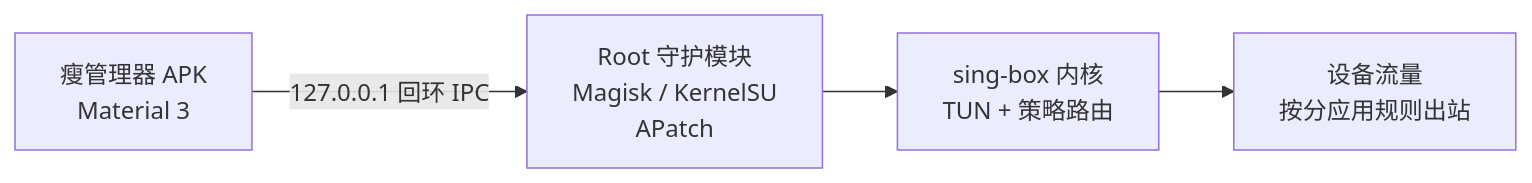
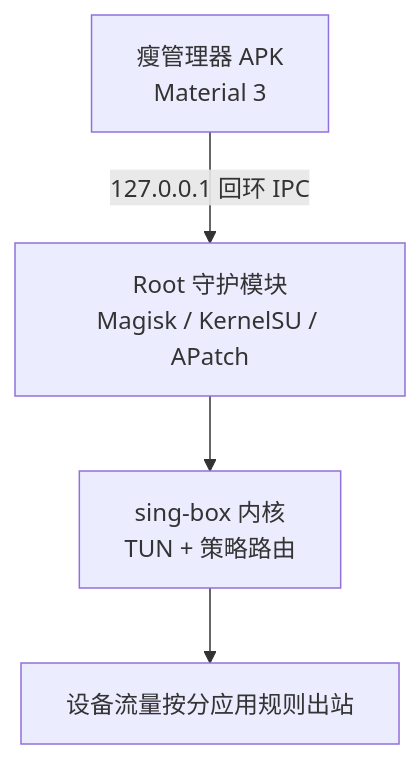
Before and after one commit to Wuwan94/wanBoxForAndroid: the diagram in README.md, drawn with Mermaid.

Commit message:
docs: 架构速览图改为纵向链路，彻底避开缩放控件遮挡

````diff
--- a/README.md
+++ b/README.md
@@ -81,6 +81,6 @@
 ```mermaid
-flowchart LR
-    M["瘦管理器 APK<br/>Material 3"] -->|"127.0.0.1 回环 IPC"| G["Root 守护模块<br/>Magisk / KernelSU<br/>APatch"]
+flowchart TD
+    M["瘦管理器 APK<br/>Material 3"] -->|"127.0.0.1 回环 IPC"| G["Root 守护模块<br/>Magisk / KernelSU / APatch"]
     G --> K["sing-box 内核<br/>TUN + 策略路由"]
-    K --> N["设备流量<br/>按分应用规则出站"]
+    K --> N["设备流量按分应用规则出站"]
 ```
````
